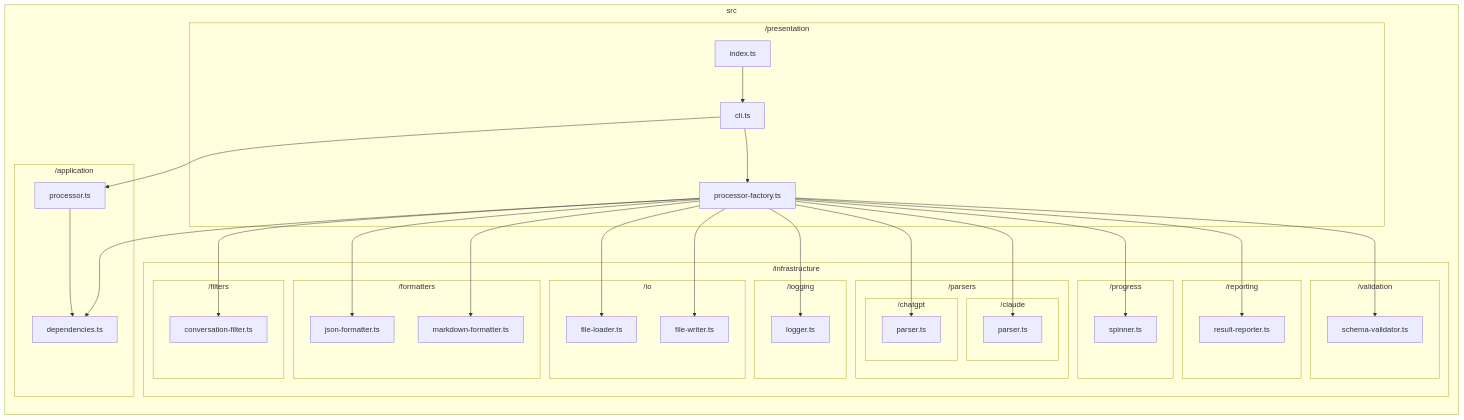
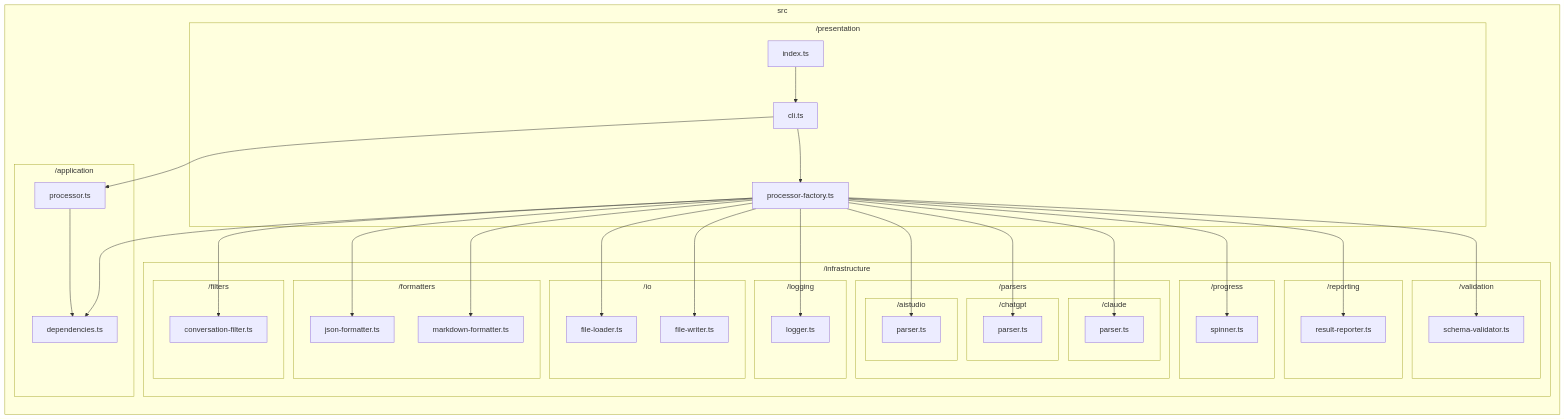
The diagram in docs/reports/dependencies/flow.md (sugurutakahashi-1234/ai-chat-md-export), drawn with Mermaid before and after one commit. The commit also changed 22 other files, not shown here.

````diff
--- a/docs/reports/dependencies/flow.md
+++ b/docs/reports/dependencies/flow.md
@@ -7,63 +7,67 @@
 ```mermaid
 flowchart LR
     subgraph src["src"]
         subgraph src/application["/application"]
             src/application/processor.ts["processor.ts"]
             src/application/depend_encies.ts["dependencies.ts"]
         end
         subgraph src/presentation["/presentation"]
             src/presentation/processor//factory.ts["processor-factory.ts"]
             src/presentation/cli.ts["cli.ts"]
             src/presentation/index.ts["index.ts"]
         end
         subgraph src/infrastructure["/infrastructure"]
             subgraph src/infrastructure/filters["/filters"]
                 src/infrastructure/filters/conversation//filter.ts["conversation-filter.ts"]
             end
             subgraph src/infrastructure/formatters["/formatters"]
                 src/infrastructure/formatters/json//formatter.ts["json-formatter.ts"]
                 src/infrastructure/formatters/markdown//formatter.ts["markdown-formatter.ts"]
             end
             subgraph src/infrastructure/io["/io"]
                 src/infrastructure/io/file//loader.ts["file-loader.ts"]
                 src/infrastructure/io/file//writer.ts["file-writer.ts"]
             end
             subgraph src/infrastructure/logging["/logging"]
                 src/infrastructure/logging/logger.ts["logger.ts"]
             end
             subgraph src/infrastructure/parsers["/parsers"]
+                subgraph src/infrastructure/parsers/aistudio["/aistudio"]
+                    src/infrastructure/parsers/aistudio/parser.ts["parser.ts"]
+                end
                 subgraph src/infrastructure/parsers/chatgpt["/chatgpt"]
                     src/infrastructure/parsers/chatgpt/parser.ts["parser.ts"]
                 end
                 subgraph src/infrastructure/parsers/claude["/claude"]
                     src/infrastructure/parsers/claude/parser.ts["parser.ts"]
                 end
             end
             subgraph src/infrastructure/progress["/progress"]
                 src/infrastructure/progress/spinner.ts["spinner.ts"]
             end
             subgraph src/infrastructure/reporting["/reporting"]
                 src/infrastructure/reporting/result//reporter.ts["result-reporter.ts"]
             end
             subgraph src/infrastructure/validation["/validation"]
                 src/infrastructure/validation/schema//validator.ts["schema-validator.ts"]
             end
         end
     end
     src/application/processor.ts-->src/application/depend_encies.ts
     src/presentation/processor//factory.ts-->src/application/depend_encies.ts
     src/presentation/processor//factory.ts-->src/infrastructure/filters/conversation//filter.ts
     src/presentation/processor//factory.ts-->src/infrastructure/formatters/json//formatter.ts
     src/presentation/processor//factory.ts-->src/infrastructure/formatters/markdown//formatter.ts
     src/presentation/processor//factory.ts-->src/infrastructure/io/file//loader.ts
     src/presentation/processor//factory.ts-->src/infrastructure/io/file//writer.ts
     src/presentation/processor//factory.ts-->src/infrastructure/logging/logger.ts
+    src/presentation/processor//factory.ts-->src/infrastructure/parsers/aistudio/parser.ts
     src/presentation/processor//factory.ts-->src/infrastructure/parsers/chatgpt/parser.ts
     src/presentation/processor//factory.ts-->src/infrastructure/parsers/claude/parser.ts
     src/presentation/processor//factory.ts-->src/infrastructure/progress/spinner.ts
     src/presentation/processor//factory.ts-->src/infrastructure/reporting/result//reporter.ts
     src/presentation/processor//factory.ts-->src/infrastructure/validation/schema//validator.ts
     src/presentation/cli.ts-->src/application/processor.ts
     src/presentation/cli.ts-->src/presentation/processor//factory.ts
     src/presentation/index.ts-->src/presentation/cli.ts
 ```
````
